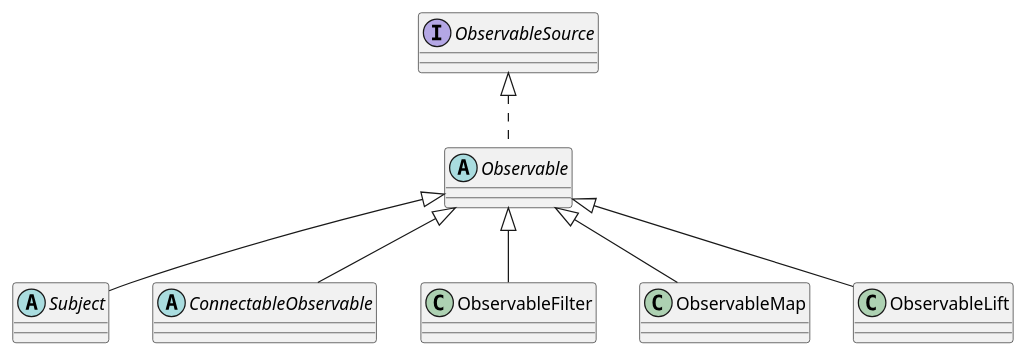
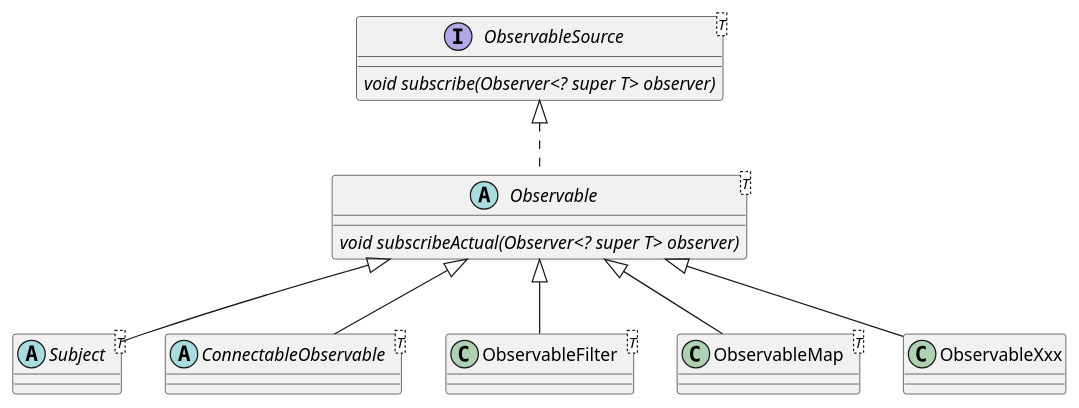
The diagram in doc/Observable.puml (suribada/RxJavaBook), drawn with PlantUML before and after one commit. The commit also changed 2 other files, not shown here.

Commit message:
Emitter class diagram

```diff
--- a/doc/Observable.puml
+++ b/doc/Observable.puml
@@ -1,19 +1,23 @@
 @startuml
-interface ObservableSource
-abstract class Observable
+interface ObservableSource<T> {
+{abstract} void subscribe(Observer<? super T> observer)
+}
+abstract class Observable<T> {
+{abstract} void subscribeActual(Observer<? super T> observer)
+}
 
 ObservableSource <|.. Observable
 
-abstract class Subject
-abstract class ConnectableObservable
-class ObservableFilter
-class ObservableMap
-class ObservableLift
+abstract class Subject<T>
+abstract class ConnectableObservable<T>
+class ObservableFilter<T>
+class ObservableMap<T>
+class ObservableXxx
 
 Observable <|-- Subject
 Observable <|-- ConnectableObservable
 Observable <|-- ObservableFilter
 Observable <|-- ObservableMap
-Observable <|-- ObservableLift
+Observable <|-- ObservableXxx
 
 @enduml
```
